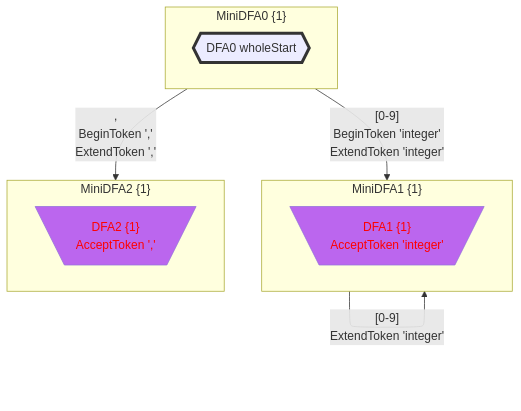
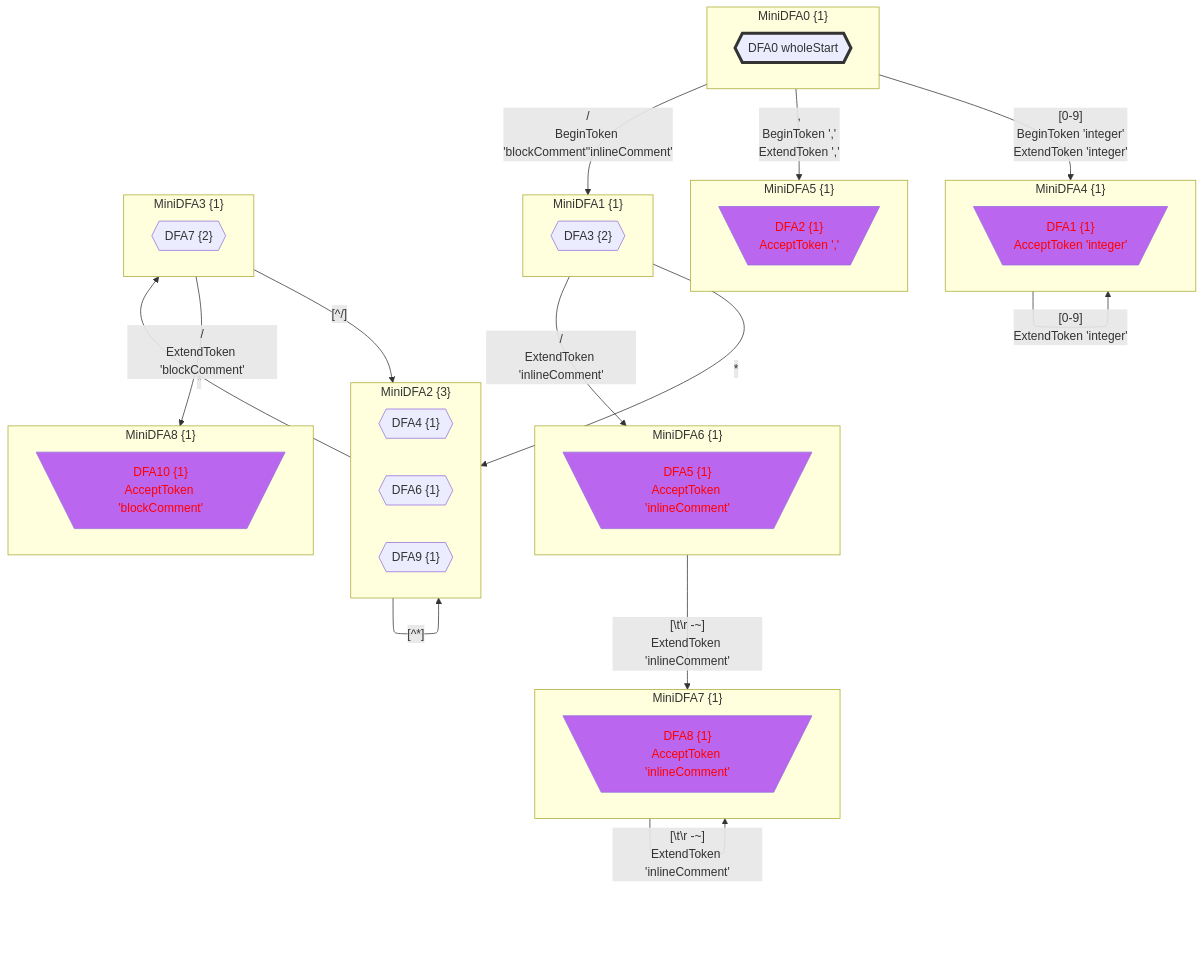
One commit to bitzhuwei/GrammarMentor changed the sixth of 7 diagrams in Practices/Practice.GeneratedXxxFormat.Test/GeneratedInts2/doc/LexicalStates.gen.md. Above: the diagram before and after it, drawn with Mermaid. The commit also changed other lines of this file and 3868 other files, not shown here.

````diff
--- a/Practices/Practice.GeneratedXxxFormat.Test/GeneratedInts2/doc/LexicalStates.gen.md
+++ b/Practices/Practice.GeneratedXxxFormat.Test/GeneratedInts2/doc/LexicalStates.gen.md
@@ -324,29 +714,72 @@
 classDef c1101 stroke:#333,stroke-width:4px,fill:#BB66EE,color:#FF0000;
 classDef c1110 stroke:#333,stroke-width:4px,fill:#BB66EE,stroke-dasharray: 10 10;
 classDef c1111 stroke:#333,stroke-width:4px,fill:#BB66EE,stroke-dasharray: 10 10,color:#FF0000;
-subgraph MiniDFA0_96068073["MiniDFA0 {1}"]
-DFA0_585978999_0{{"DFA0 wholeStart"}}
-class DFA0_585978999_0 c1000;
+subgraph MiniDFA0_-1927124090["MiniDFA0 {1}"]
+DFA0_2038251495_0{{"DFA0 wholeStart"}}
+class DFA0_2038251495_0 c1000;
 end
-class MiniDFA0_96068073 c1000;
-subgraph MiniDFA1_310322936["MiniDFA1 {1}"]
-DFA1_1120076600_1[\"DFA1 {1}
+class MiniDFA0_-1927124090 c1000;
+subgraph MiniDFA4_197586790["MiniDFA4 {1}"]
+DFA1_1487296350_1[\"DFA1 {1}
 AcceptToken 'integer'"/]
-class DFA1_1120076600_1 c0101;
+class DFA1_1487296350_1 c0101;
 end
-class MiniDFA1_310322936 c0101;
-subgraph MiniDFA2_-1741180269["MiniDFA2 {1}"]
-DFA2_-1955808288_2[\"DFA2 {1}
+class MiniDFA4_197586790 c0101;
+subgraph MiniDFA5_-1818913402["MiniDFA5 {1}"]
+DFA2_-1392431268_2[\"DFA2 {1}
 AcceptToken ','"/]
-class DFA2_-1955808288_2 c0101;
+class DFA2_-1392431268_2 c0101;
 end
-class MiniDFA2_-1741180269 c0101;
-MiniDFA0_96068073 -->|"[0-9]
+class MiniDFA5_-1818913402 c0101;
+subgraph MiniDFA1_-1621108429["MiniDFA1 {1}"]
+DFA3_1205905158_3{{"DFA3 {2}"}}
+end
+subgraph MiniDFA2_729083013["MiniDFA2 {3}"]
+DFA4_1973535163_4{{"DFA4 {1}"}}
+DFA6_-1142954445_5{{"DFA6 {1}"}}
+DFA9_-521944197_6{{"DFA9 {1}"}}
+end
+subgraph MiniDFA6_1259046490["MiniDFA6 {1}"]
+DFA5_-1142252594_7[\"DFA5 {1}
+AcceptToken 'inlineComment'"/]
+class DFA5_-1142252594_7 c0101;
+end
+class MiniDFA6_1259046490 c0101;
+subgraph MiniDFA3_1123870596["MiniDFA3 {1}"]
+DFA7_-1142139582_8{{"DFA7 {2}"}}
+end
+subgraph MiniDFA7_-1447067160["MiniDFA7 {1}"]
+DFA8_385616071_9[\"DFA8 {1}
+AcceptToken 'inlineComment'"/]
+class DFA8_385616071_9 c0101;
+end
+class MiniDFA7_-1447067160 c0101;
+subgraph MiniDFA8_-60327706["MiniDFA8 {1}"]
+DFA10_75909841_10[\"DFA10 {1}
+AcceptToken 'blockComment'"/]
+class DFA10_75909841_10 c0101;
+end
+class MiniDFA8_-60327706 c0101;
+MiniDFA0_-1927124090 -->|"[0-9]
 BeginToken 'integer'
-ExtendToken 'integer'"|MiniDFA1_310322936
-MiniDFA0_96068073 -->|",
+ExtendToken 'integer'"|MiniDFA4_197586790
+MiniDFA0_-1927124090 -->|",
 BeginToken ','
-ExtendToken ','"|MiniDFA2_-1741180269
-MiniDFA1_310322936 -->|"[0-9]
-ExtendToken 'integer'"|MiniDFA1_310322936
+ExtendToken ','"|MiniDFA5_-1818913402
+MiniDFA0_-1927124090 -->|"/
+BeginToken 'blockComment''inlineComment'"|MiniDFA1_-1621108429
+MiniDFA4_197586790 -->|"[0-9]
+ExtendToken 'integer'"|MiniDFA4_197586790
+MiniDFA1_-1621108429 -->|"*"|MiniDFA2_729083013
+MiniDFA1_-1621108429 -->|"/
+ExtendToken 'inlineComment'"|MiniDFA6_1259046490
+MiniDFA2_729083013 -->|"[^*]"|MiniDFA2_729083013
+MiniDFA2_729083013 -->|"*"|MiniDFA3_1123870596
+MiniDFA6_1259046490 -->|"[#92;t#92;r#32;-~]
+ExtendToken 'inlineComment'"|MiniDFA7_-1447067160
+MiniDFA3_1123870596 -->|"[^/]"|MiniDFA2_729083013
+MiniDFA3_1123870596 -->|"/
+ExtendToken 'blockComment'"|MiniDFA8_-60327706
+MiniDFA7_-1447067160 -->|"[#92;t#92;r#32;-~]
+ExtendToken 'inlineComment'"|MiniDFA7_-1447067160
 ```
````
